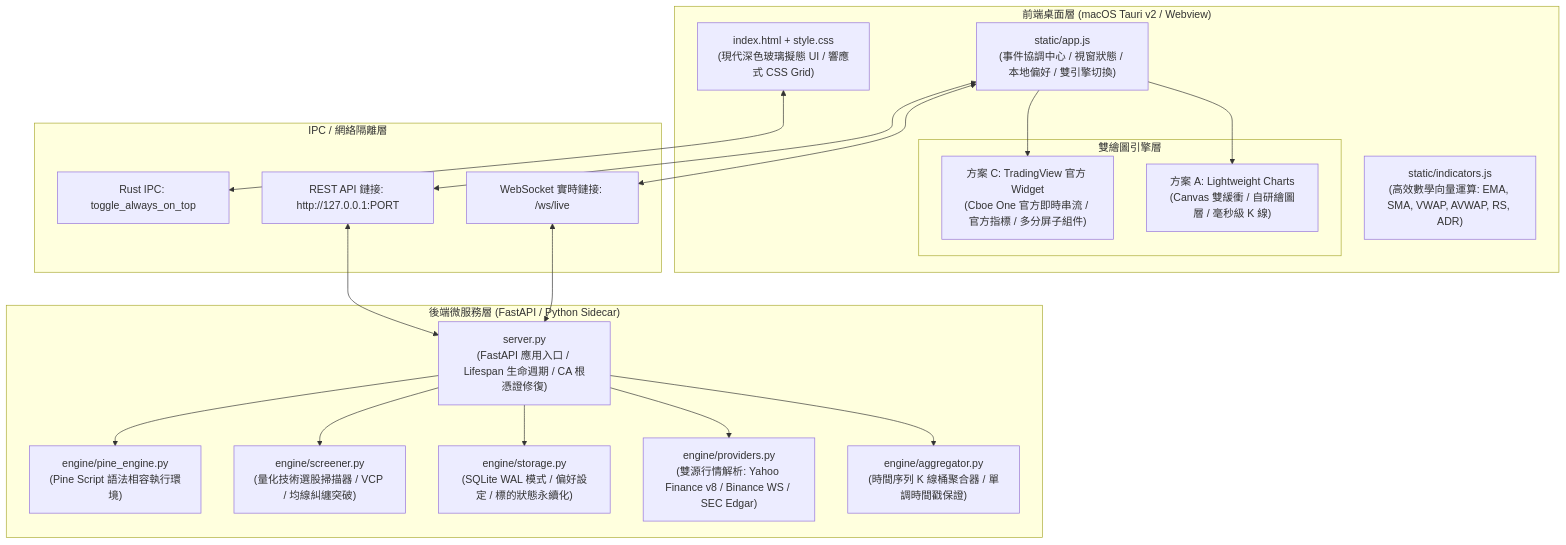
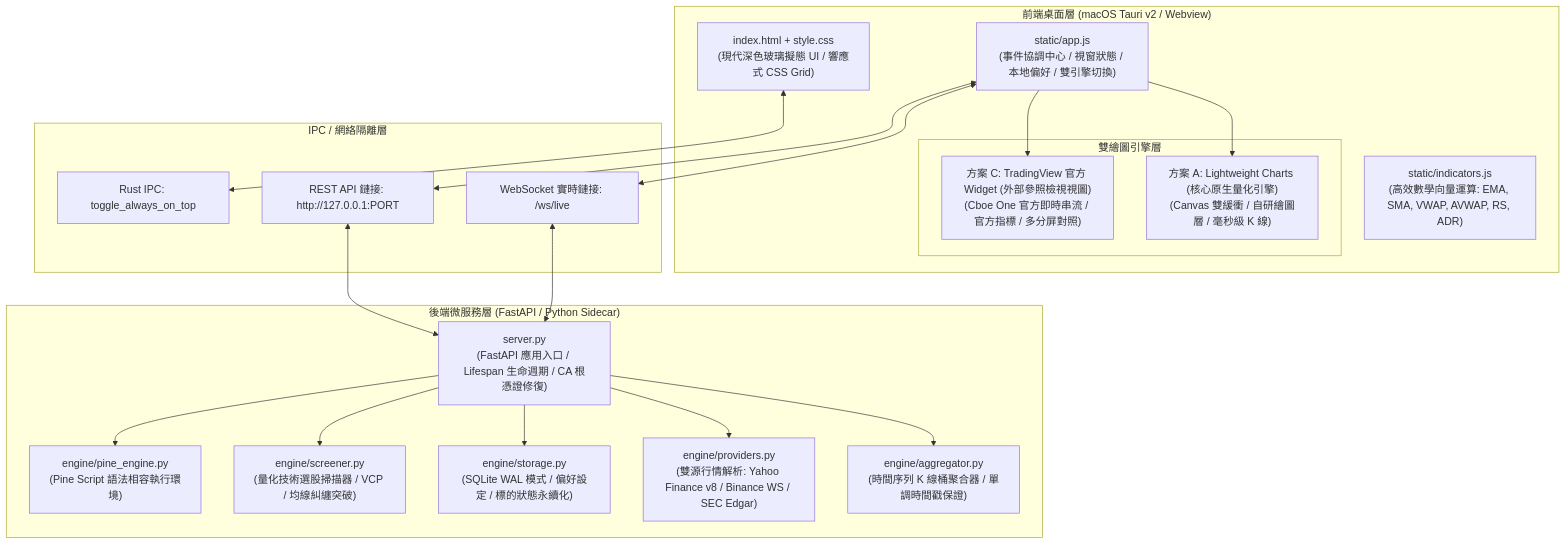
Before and after one commit to workingharry/Tradingview-ticker: the first of 2 diagrams in TRADINGVIEW_TERMINAL_COMPLETE_SPEC.md, drawn with Mermaid. The commit also changed other lines of this file and 2 other files, not shown here.

````diff
--- a/TRADINGVIEW_TERMINAL_COMPLETE_SPEC.md
+++ b/TRADINGVIEW_TERMINAL_COMPLETE_SPEC.md
@@ -102,43 +105,43 @@
 ```mermaid
 flowchart TD
     subgraph Client["前端桌面層 (macOS Tauri v2 / Webview)"]
         UI["index.html + style.css\n(現代深色玻璃擬態 UI / 響應式 CSS Grid)"]
         AppJS["static/app.js\n(事件協調中心 / 視窗狀態 / 本地偏好 / 雙引擎切換)"]
         IndicatorsJS["static/indicators.js\n(高效數學向量運算: EMA, SMA, VWAP, AVWAP, RS, ADR)"]
         
         subgraph EngineLayer["雙繪圖引擎層"]
-            EngineA["方案 A: Lightweight Charts\n(Canvas 雙緩衝 / 自研繪圖層 / 毫秒級 K 線)"]
-            EngineC["方案 C: TradingView 官方 Widget\n(Cboe One 官方即時串流 / 官方指標 / 多分屏子組件)"]
+            EngineA["方案 A: Lightweight Charts (核心原生量化引擎)\n(Canvas 雙緩衝 / 自研繪圖層 / 毫秒級 K 線)"]
+            EngineC["方案 C: TradingView 官方 Widget (外部參照檢視視圖)\n(Cboe One 官方即時串流 / 官方指標 / 多分屏對照)"]
         end
 
         AppJS --> EngineA
         AppJS --> EngineC
     end
 
     subgraph IPC["IPC / 網絡隔離層"]
         WSLink["WebSocket 實時鏈接: /ws/live"]
         RESTLink["REST API 鏈接: http://127.0.0.1:PORT"]
         TauriIPC["Rust IPC: toggle_always_on_top"]
     end
 
     subgraph Backend["後端微服務層 (FastAPI / Python Sidecar)"]
         Server["server.py\n(FastAPI 應用入口 / Lifespan 生命週期 / CA 根憑證修復)"]
         Aggregator["engine/aggregator.py\n(時間序列 K 線桶聚合器 / 單調時間戳保證)"]
         Providers["engine/providers.py\n(雙源行情解析: Yahoo Finance v8 / Binance WS / SEC Edgar)"]
         Storage["engine/storage.py\n(SQLite WAL 模式 / 偏好設定 / 標的狀態永續化)"]
         Screener["engine/screener.py\n(量化技術選股掃描器 / VCP / 均線糾纏突破)"]
         Pine["engine/pine_engine.py\n(Pine Script 語法相容執行環境)"]
 
         Server --> Aggregator
         Server --> Providers
         Server --> Storage
         Server --> Screener
         Server --> Pine
     end
 
     AppJS <--> WSLink
     AppJS <--> RESTLink
     UI <--> TauriIPC
     WSLink <--> Server
     RESTLink <--> Server
 ```
````
